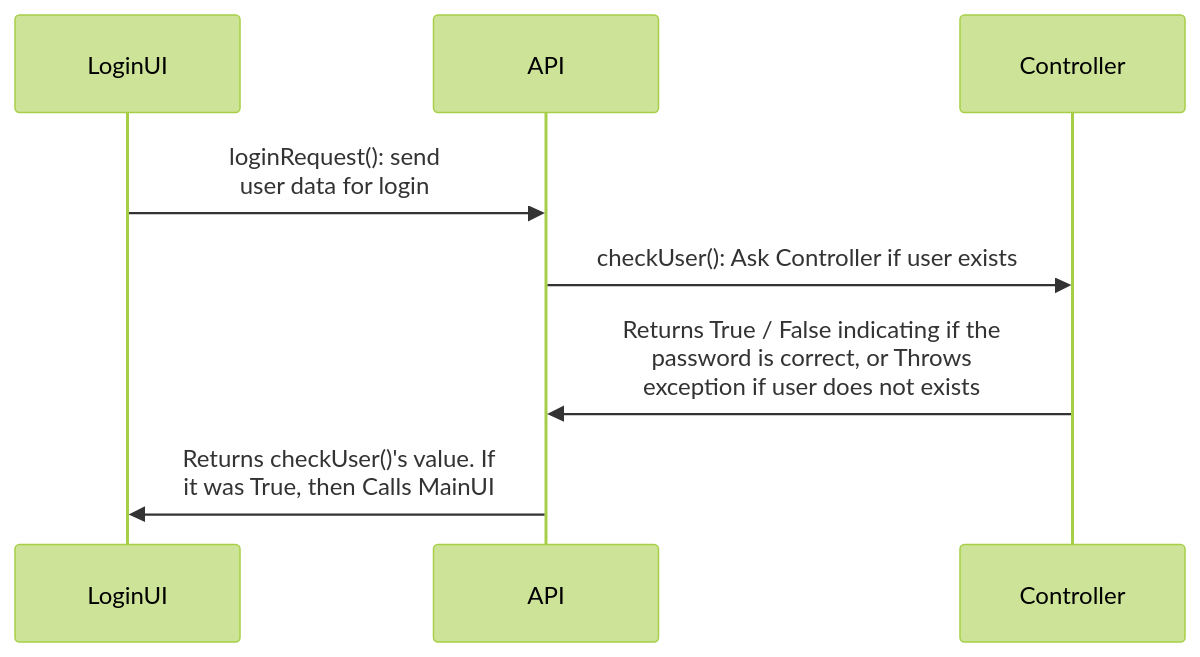
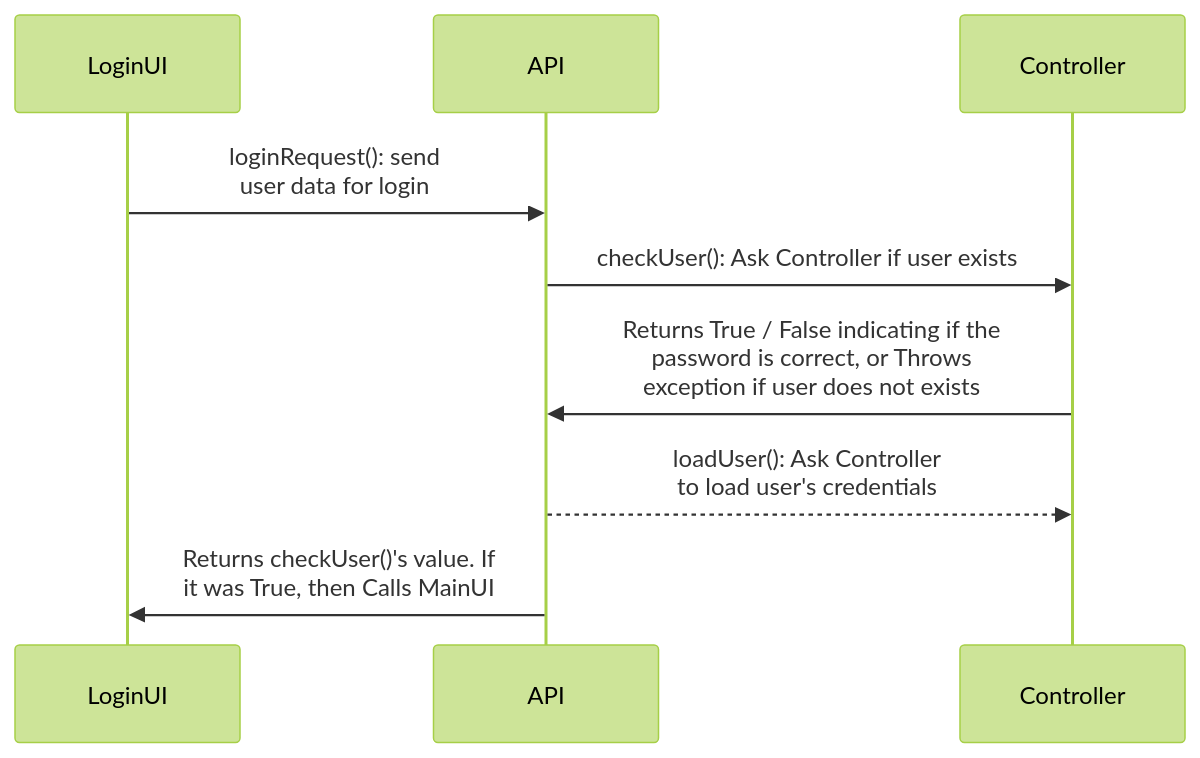
The second of 3 diagrams in README.md (Spyro1/Vault-Vader), drawn with Mermaid (forest theme) before and after one commit. The commit also changed other lines of this file and 11 other files, not shown here.

First line of the commit message:
MainUI Category, userData, API update

````diff
--- a/README.md
+++ b/README.md
@@ -131,8 +134,9 @@
 ```mermaid
 sequenceDiagram
     LoginUI ->> API: loginRequest(): send <br> user data for login
     API ->> Controller: checkUser(): Ask Controller if user exists
     Controller ->> API: Returns True / False indicating if the <br> password is correct, or Throws <br> exception if user does not exists
+    API -->> Controller: loadUser(): Ask Controller <br> to load user's credentials
+%%    Controller ->> API
     API ->>  LoginUI: Returns checkUser()'s value. If <br> it was True, then Calls MainUI 
-    
 ```
````
